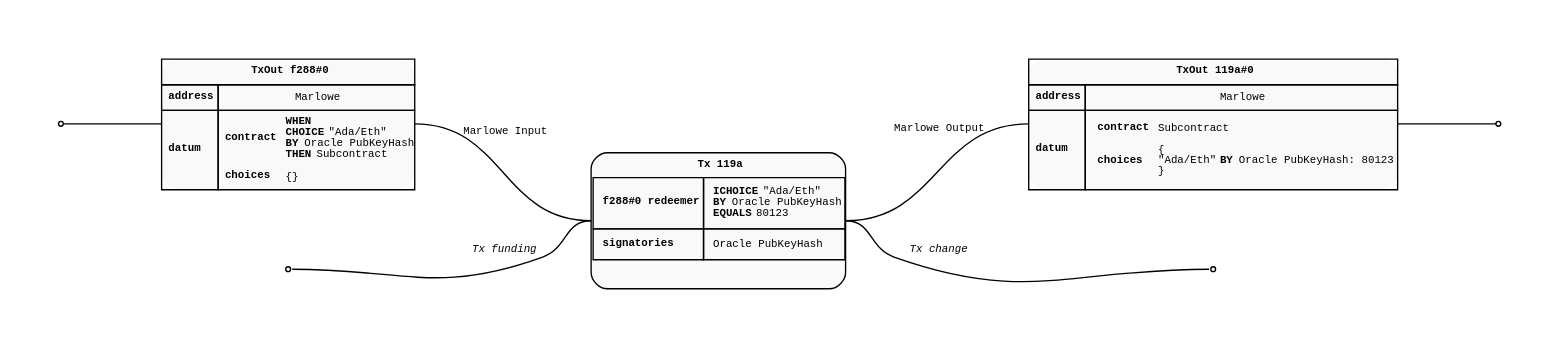
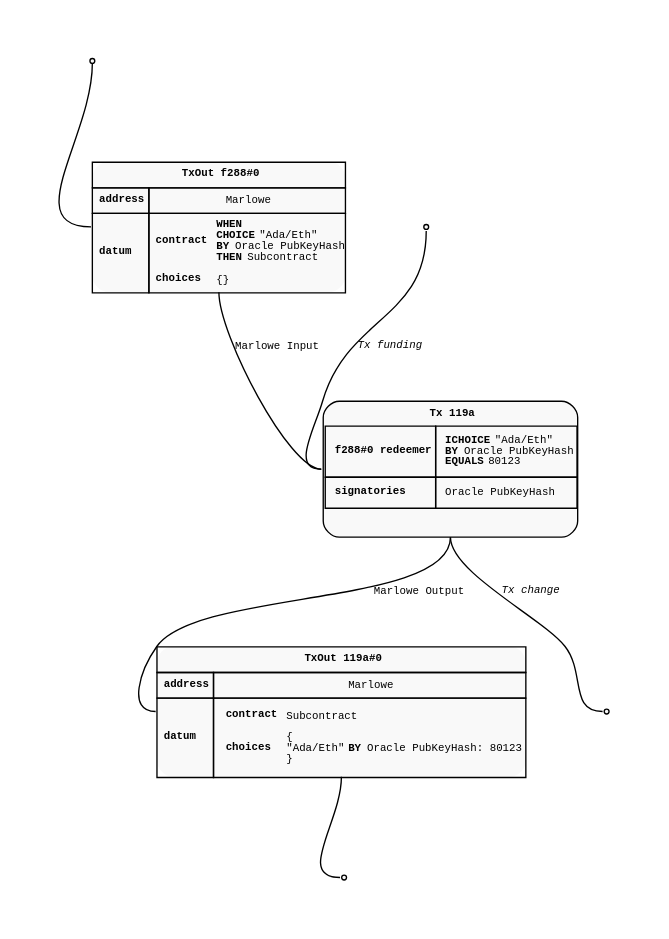
The diagram in diagrams/utxo-marlowe-choice-verification.dot (marlowe-lang/marlowe-oracle-protocol), drawn with Graphviz before and after one commit. The commit also changed 11 other files, not shown here.

Commit message:
Reorient the graphs

```diff
--- a/diagrams/utxo-marlowe-choice-verification.dot
+++ b/diagrams/utxo-marlowe-choice-verification.dot
@@ -1,102 +1,102 @@
 digraph Marlowe_Choice_Authenticity {
-  rankdir=LR;
+  rankdir=TD;
   graph [pad="0.5", nodesep="0.8", ranksep="1"];
   node [shape=rect, style="filled,rounded", fillcolor="#f9f9f9", fontname="Courier New", fontsize="8pt"];
-  edge [arrowhead=none, tailport="e", headport="w", color="#aaa", fontname="Courier New", fontsize="8pt"];
+  edge [arrowhead=none, tailport="s", headport="w", color="#aaa", fontname="Courier New", fontsize="8pt"];
 
   Tx [label=<
     <TABLE CELLSPACING="0" CELLPADDING="4" border="1" CELLBORDER="0" style="rounded" color="#aaa">
       <TR>
         <TD colspan="2" align="center"><b>Tx 119a</b></TD>
       </TR>
       <TR>
         <TD CELLPADDING="0">
           <TABLE CELLSPACING="0" CELLPADDING="6" border="0" CELLBORDER="0">
             <TR>
               <TD border="1" align="left"><b>f288#0 redeemer</b></TD>
               <TD border="1" align="left" balign="left"><b>ICHOICE </b>"Ada/Eth"<br/><b>BY </b>Oracle PubKeyHash<br/><b>EQUALS </b>80123</TD>
             </TR>
             <TR>
               <TD border="1" align="left"><b>signatories</b></TD>
               <TD border="1" align="left">Oracle PubKeyHash</TD>
             </TR>
             <TR>
               <TD collspan="2" align="center"> </TD>
             </TR>
           </TABLE>
         </TD>
       </TR>
     </TABLE>
   > color="#aaa" shape="plain"];
 
   MarloweInitialThreadPoint [shape=point];
   MarloweInitialThreadPoint -> MarloweInitialOutput;
 
   MarloweInitialOutput [label=<
     <TABLE CELLSPACING="0" CELLPADDING="4" border="0" CELLBORDER="1" style="rounded" color="#aaa">
       <TR>
         <TD colspan="2" align="center"><b>TxOut f288#0</b></TD>
       </TR>
       <TR>
         <TD align="left"><b>address</b></TD>
         <TD>Marlowe</TD>
       </TR>
       <TR>
         <TD align="left"><b>datum</b></TD>
         <TD align="left" balign="left" cellpadding="0">
           <TABLE CELLSPACING="0" CELLPADDING="4" border="0" CELLBORDER="0">
             <TR>
               <TD align="left"><b>contract</b></TD>
               <TD align="left" balign="left"><b>WHEN</b><br /><b>CHOICE </b>"Ada/Eth"<br/><b>BY </b>Oracle PubKeyHash<br/><b>THEN </b>Subcontract</TD>
             </TR>
             <TR>
               <TD align="left"><b>choices</b></TD>
               <TD align="left" balign="left">{}</TD>
             </TR>
           </TABLE>
         </TD>
       </TR>
       </TABLE>
   > shape="plain" border="0"]
 
   MarloweInitialOutput -> Tx [label=<Marlowe Input>];
 
   FundingOutput [shape=point];
   FundingOutput -> Tx [label=<<i>Tx funding</i>>];
 
   MarloweOutput [label=<
     <TABLE CELLSPACING="0" CELLPADDING="4" border="0" CELLBORDER="1" style="rounded" color="#aaa">
       <TR>
         <TD colspan="2" align="center"><b>TxOut 119a#0</b></TD>
       </TR>
       <TR>
         <TD align="left"><b>address</b></TD>
         <TD>Marlowe</TD>
       </TR>
       <TR>
         <TD align="left"><b>datum</b></TD>
         <TD align="left" balign="left">
           <TABLE CELLSPACING="0" CELLPADDING="4" border="0" CELLBORDER="0" style="rounded" color="#aaa">
             <TR>
               <TD align="left"><b>contract</b></TD>
               <TD align="left" balign="left">Subcontract</TD>
             </TR>
             <TR>
               <TD align="left"><b>choices</b></TD>
               <TD align="left" balign="left">{<br />"Ada/Eth" <b> BY</b>Oracle PubKeyHash: 80123<br/>}</TD>
             </TR>
           </TABLE>
         </TD>
       </TR>
       </TABLE>
   > shape="plain" border="1" color="#000"]
 
   Tx -> MarloweOutput [label=<Marlowe Output>];
 
   MarloweResultingThreadPoint [shape=point];
   MarloweOutput -> MarloweResultingThreadPoint;
 
   change [shape=point];
   Tx -> change [label=<<i>Tx change</i>>];
 
 }
```
